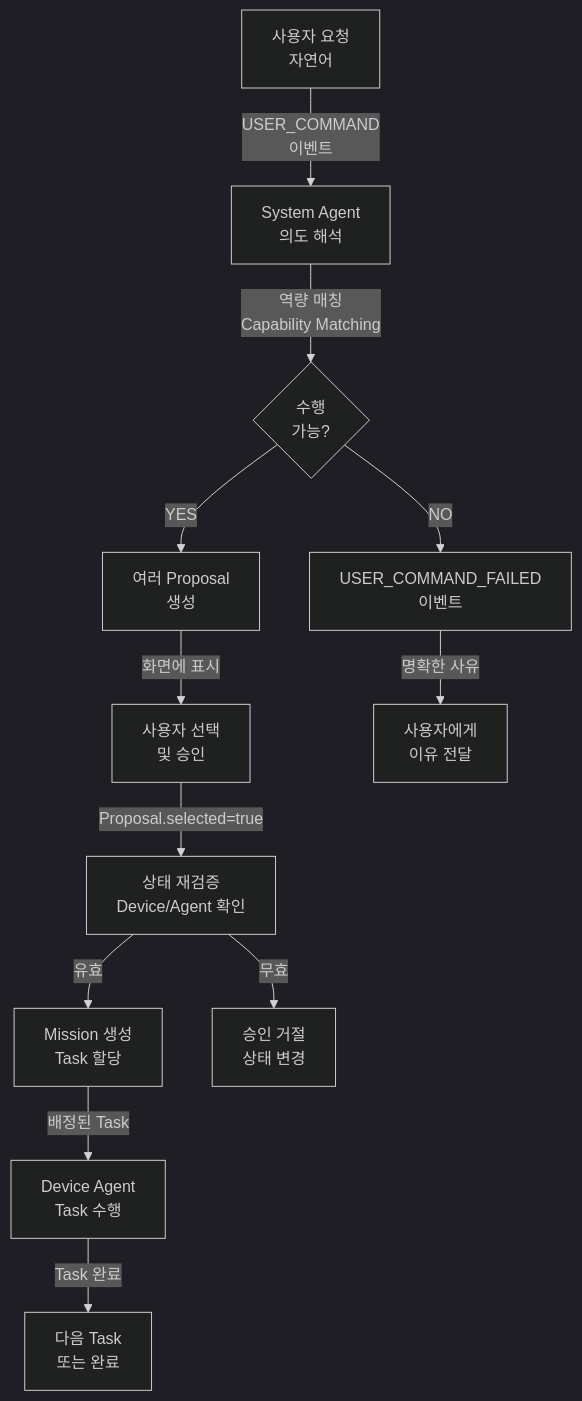
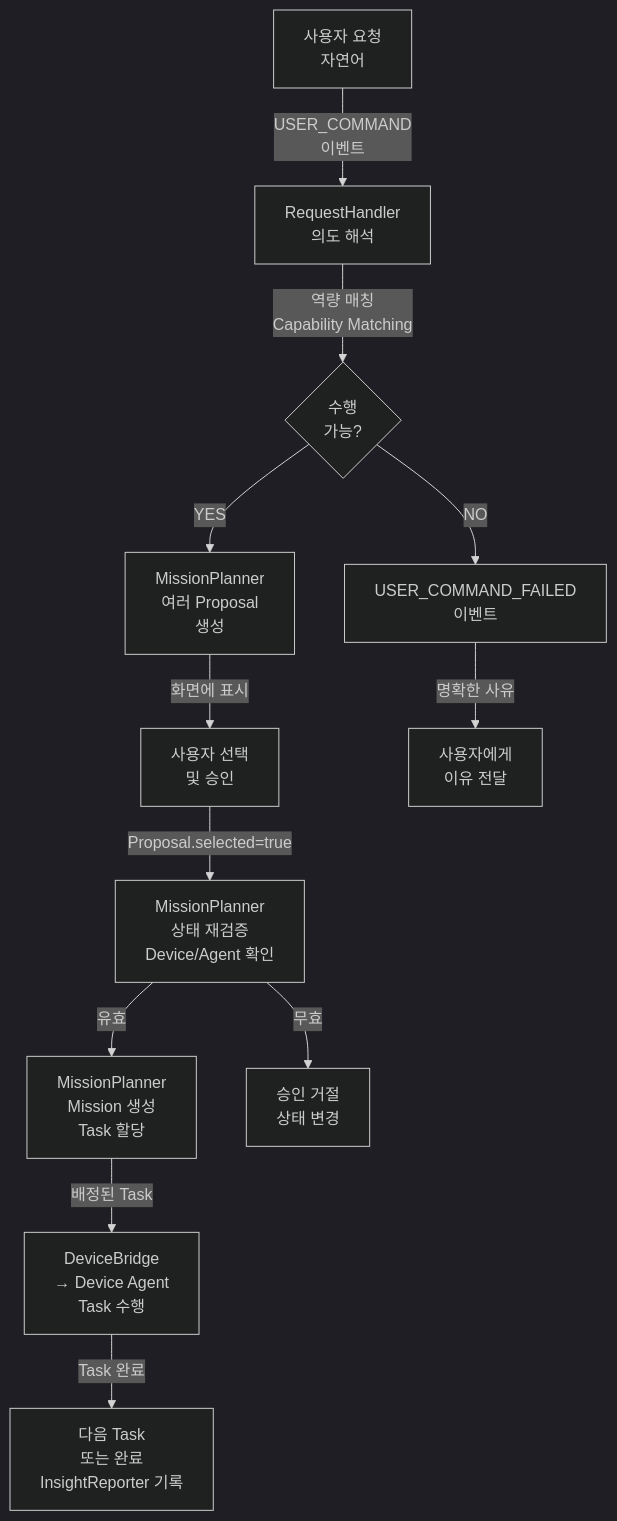
The diagram in docs/scenarios/operation.md (haeun-yu/CoWater), drawn with Mermaid (dark theme) before and after one commit. The commit also changed other lines of this file and 9 other files, not shown here.

Commit message:
docs: system agent의 multi agent system 구성 정리

````diff
--- a/docs/scenarios/operation.md
+++ b/docs/scenarios/operation.md
@@ -18,14 +22,14 @@
 ```mermaid
 graph TD
-    A["사용자 요청<br/>자연어"] -->|USER_COMMAND<br/>이벤트| B["System Agent<br/>의도 해석"]
+    A["사용자 요청<br/>자연어"] -->|USER_COMMAND<br/>이벤트| B["RequestHandler<br/>의도 해석"]
     B -->|역량 매칭<br/>Capability Matching| C{"수행<br/>가능?"}
-    C -->|YES| D["여러 Proposal<br/>생성"]
+    C -->|YES| D["MissionPlanner<br/>여러 Proposal<br/>생성"]
     C -->|NO| E["USER_COMMAND_FAILED<br/>이벤트"]
     D -->|화면에 표시| F["사용자 선택<br/>및 승인"]
-    F -->|Proposal.selected=true| G["상태 재검증<br/>Device/Agent 확인"]
-    G -->|유효| H["Mission 생성<br/>Task 할당"]
+    F -->|Proposal.selected=true| G["MissionPlanner<br/>상태 재검증<br/>Device/Agent 확인"]
+    G -->|유효| H["MissionPlanner<br/>Mission 생성<br/>Task 할당"]
     G -->|무효| I["승인 거절<br/>상태 변경"]
-    H -->|배정된 Task| J["Device Agent<br/>Task 수행"]
-    J -->|Task 완료| K["다음 Task<br/>또는 완료"]
+    H -->|배정된 Task| J["DeviceBridge<br/>→ Device Agent<br/>Task 수행"]
+    J -->|Task 완료| K["다음 Task<br/>또는 완료<br/>InsightReporter 기록"]
     E -->|명확한 사유| L["사용자에게<br/>이유 전달"]
 ```
````
